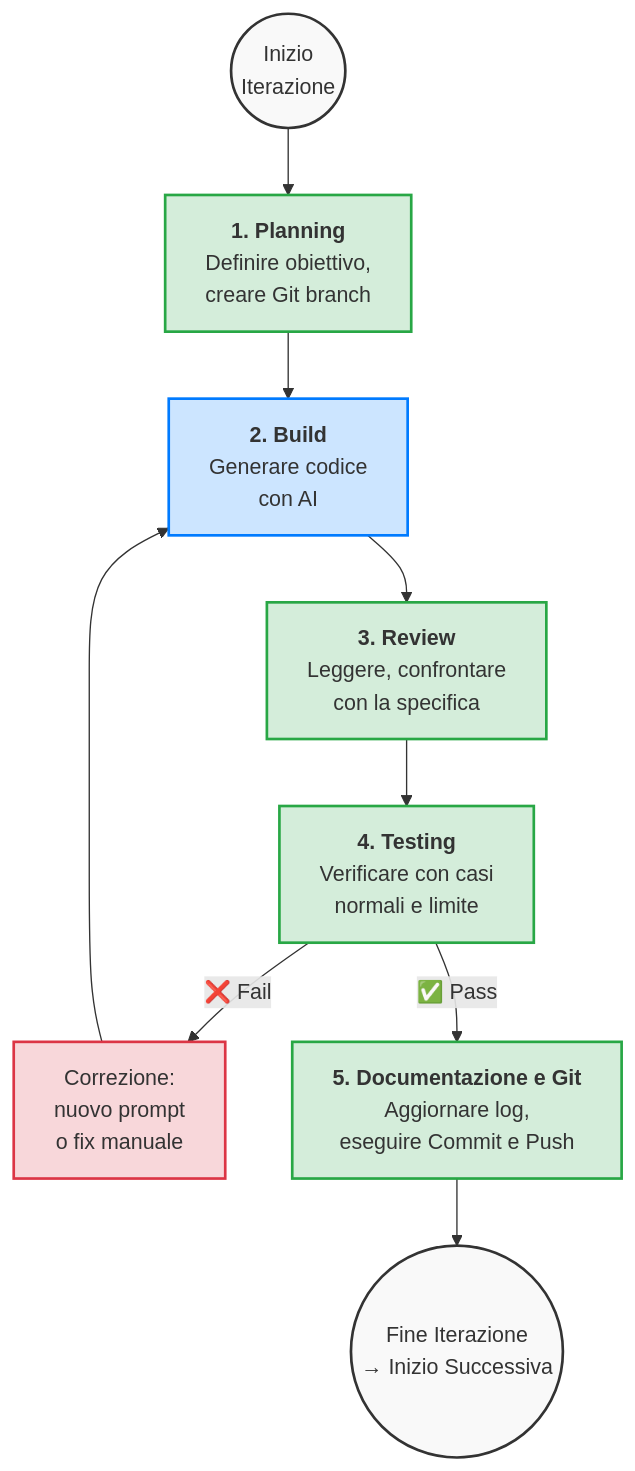
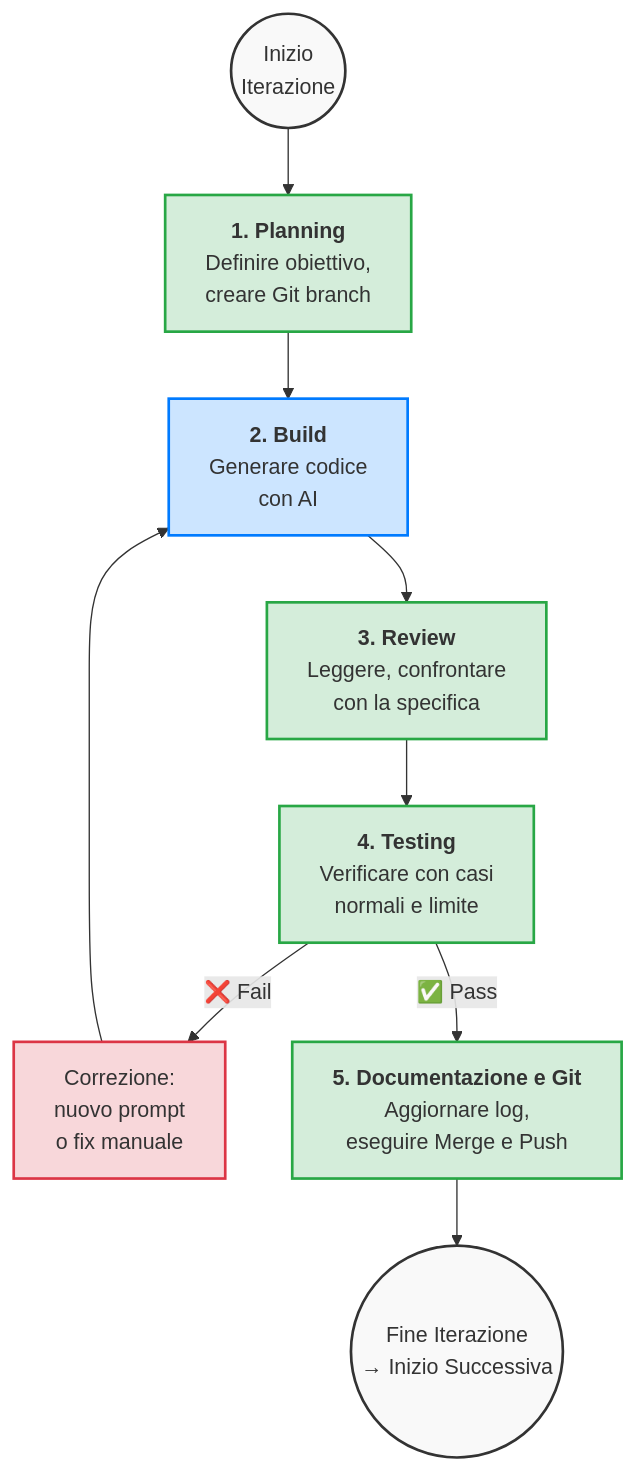
One commit to malafronte/info-quarta changed the first of 3 diagrams in src/content/docs/corso/advanced-csharp/mobile-apps/ai-assisted-development.mdx. Above: the diagram before and after it, drawn with Mermaid. The commit also changed other lines of this file and 2 other files, not shown here.

First line of the commit message:
docs(mobile-apps): clarify git workflow and fix course link

````diff
--- a/src/content/docs/corso/advanced-csharp/mobile-apps/ai-assisted-development.mdx
+++ b/src/content/docs/corso/advanced-csharp/mobile-apps/ai-assisted-development.mdx
@@ -114,22 +119,22 @@
 ```mermaid
 graph TD
     Start((Inizio<br/>Iterazione)) --> Plan["<b>1. Planning</b><br/>Definire obiettivo,<br/>creare Git branch"]
     Plan --> Build["<b>2. Build</b><br/>Generare codice<br/>con AI"]
     Build --> Review["<b>3. Review</b><br/>Leggere, confrontare<br/>con la specifica"]
     Review --> Test["<b>4. Testing</b><br/>Verificare con casi<br/>normali e limite"]
     
     Test -- "❌ Fail" --> Refine["Correzione:<br/>nuovo prompt<br/>o fix manuale"]
     Refine --> Build
     
-    Test -- "✅ Pass" --> Doc["<b>5. Documentazione e Git</b><br/>Aggiornare log,<br/>eseguire Commit e Push"]
+    Test -- "✅ Pass" --> Doc["<b>5. Documentazione e Git</b><br/>Aggiornare log,<br/>eseguire Merge e Push"]
     Doc --> Next((Fine Iterazione<br/>→ Inizio Successiva))
     
     classDef default fill:#f9f9f9,stroke:#333,stroke-width:2px
     classDef human fill:#d4edda,stroke:#28a745,stroke-width:2px
     classDef ai fill:#cce5ff,stroke:#007bff,stroke-width:2px
     classDef fail fill:#f8d7da,stroke:#dc3545,stroke-width:2px
     
     class Plan,Review,Test,Doc human
     class Build ai
     class Refine fail
 ```
````
